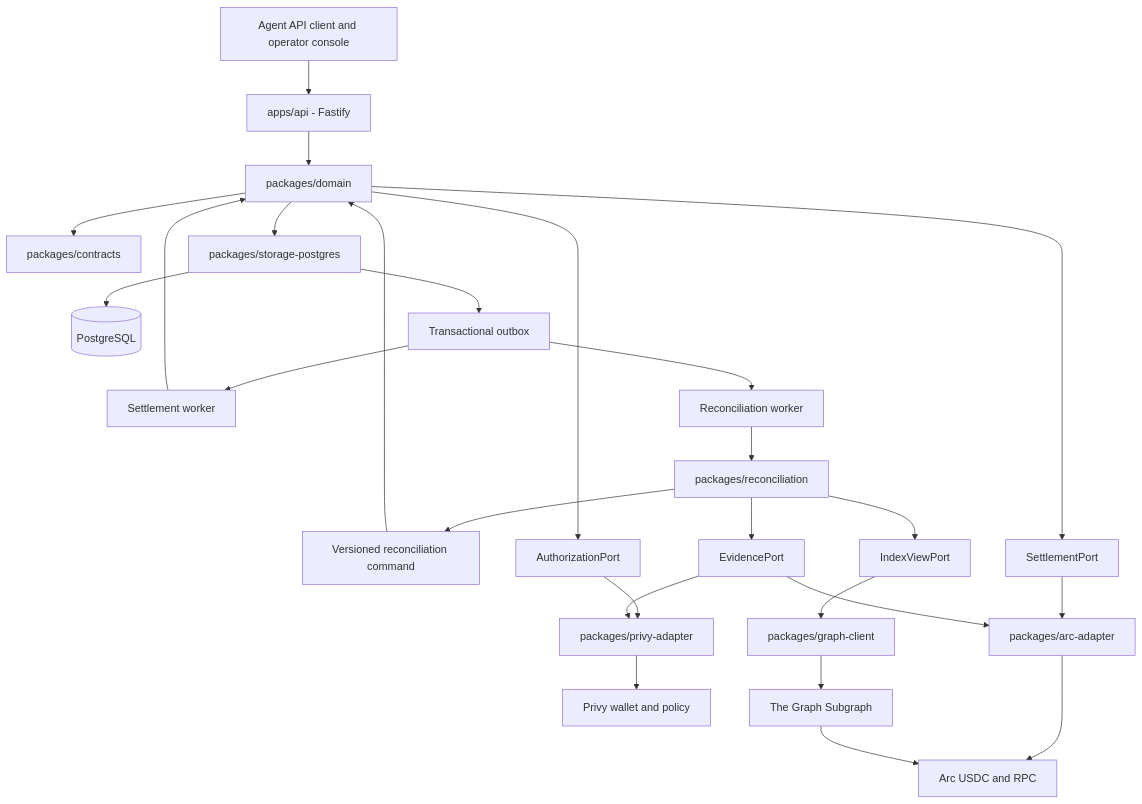
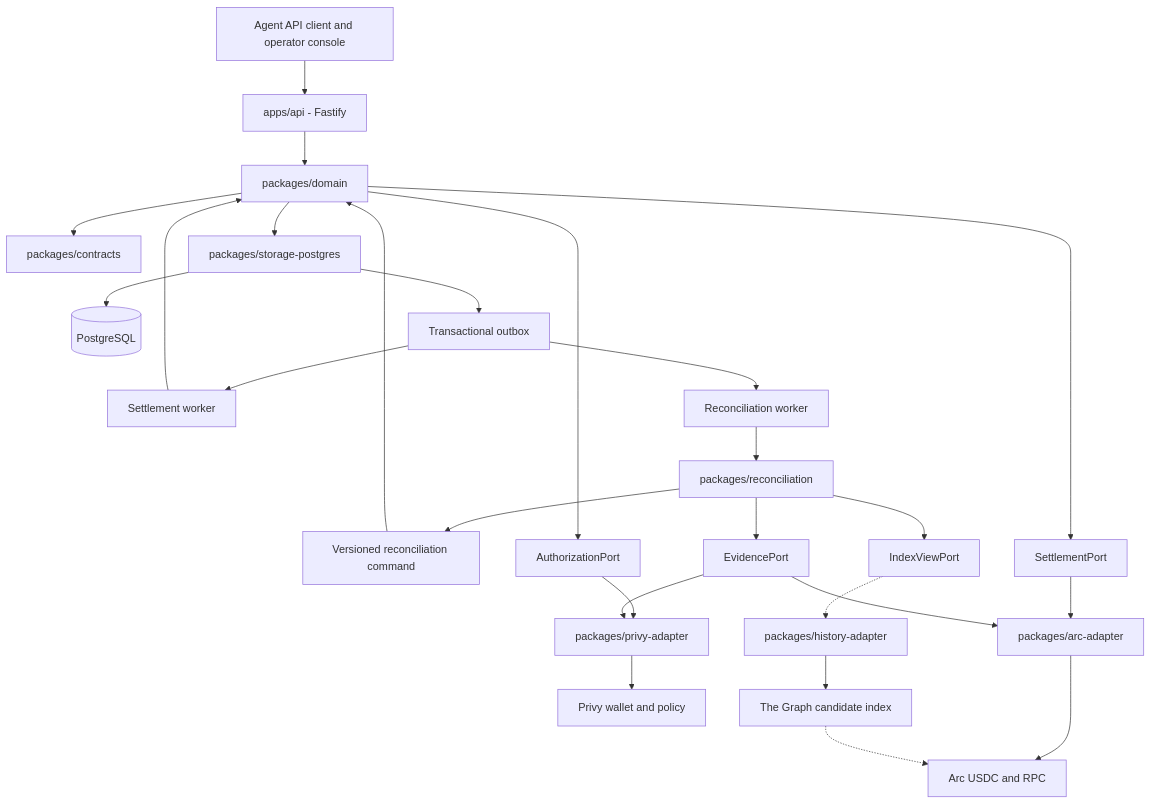
The fifth of 6 diagrams in plan.md (SWOFART/OneShot), drawn with Mermaid before and after one commit. The commit also changed other lines of this file and 31 other files, not shown here.

````diff
--- a/plan.md
+++ b/plan.md
@@ -182,31 +294,31 @@
 ```mermaid
 flowchart TB
     Clients[Agent API client and operator console] --> API[apps/api - Fastify]
     API --> Domain[packages/domain]
     Domain --> Contracts[packages/contracts]
     Domain --> Storage[packages/storage-postgres]
     Storage --> DB[(PostgreSQL)]
     Storage --> Outbox[Transactional outbox]
     Outbox --> Worker[Settlement worker]
     Outbox --> RecoveryWorker[Reconciliation worker]
     Worker --> Domain
     RecoveryWorker --> Reconciliation[packages/reconciliation]
     Reconciliation --> Command[Versioned reconciliation command]
     Command --> Domain
 
     Domain --> AuthPort[AuthorizationPort]
     Domain --> SettlementPort[SettlementPort]
     Reconciliation --> EvidencePort[EvidencePort]
     Reconciliation --> IndexPort[IndexViewPort]
 
     AuthPort --> PrivyAdapter[packages/privy-adapter]
     SettlementPort --> ArcAdapter[packages/arc-adapter]
     EvidencePort --> PrivyAdapter
     EvidencePort --> ArcAdapter
-    IndexPort --> GraphClient[packages/graph-client]
+    IndexPort -.-> HistoryAdapter[packages/history-adapter]
 
     PrivyAdapter --> Privy[Privy wallet and policy]
     ArcAdapter --> Arc[Arc USDC and RPC]
-    GraphClient --> Subgraph[The Graph Subgraph]
-    Subgraph --> Arc
+    HistoryAdapter --> GraphIndex[The Graph candidate index]
+    GraphIndex -.-> Arc
 ```
````
